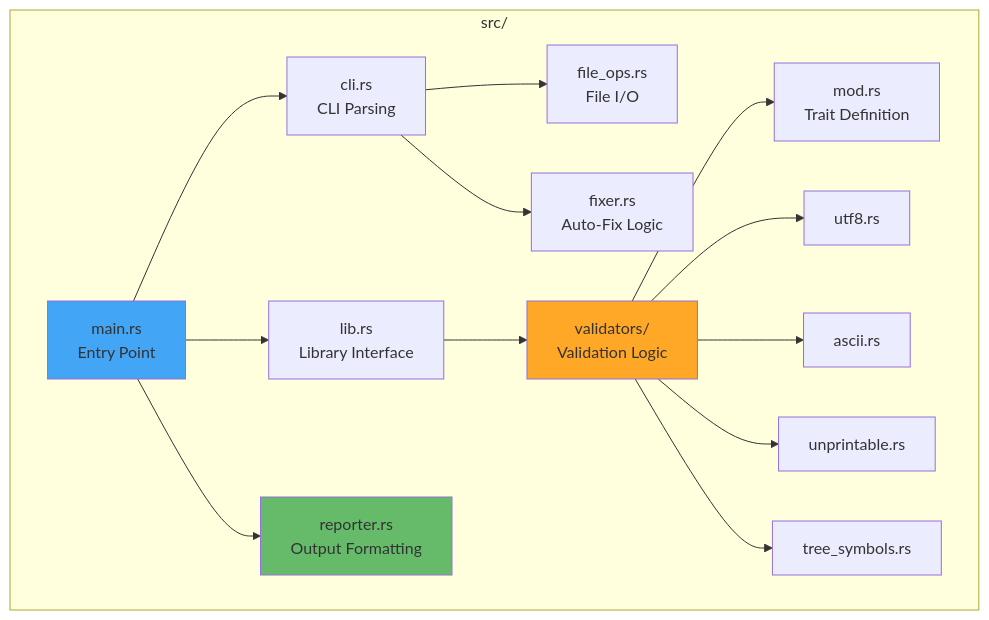
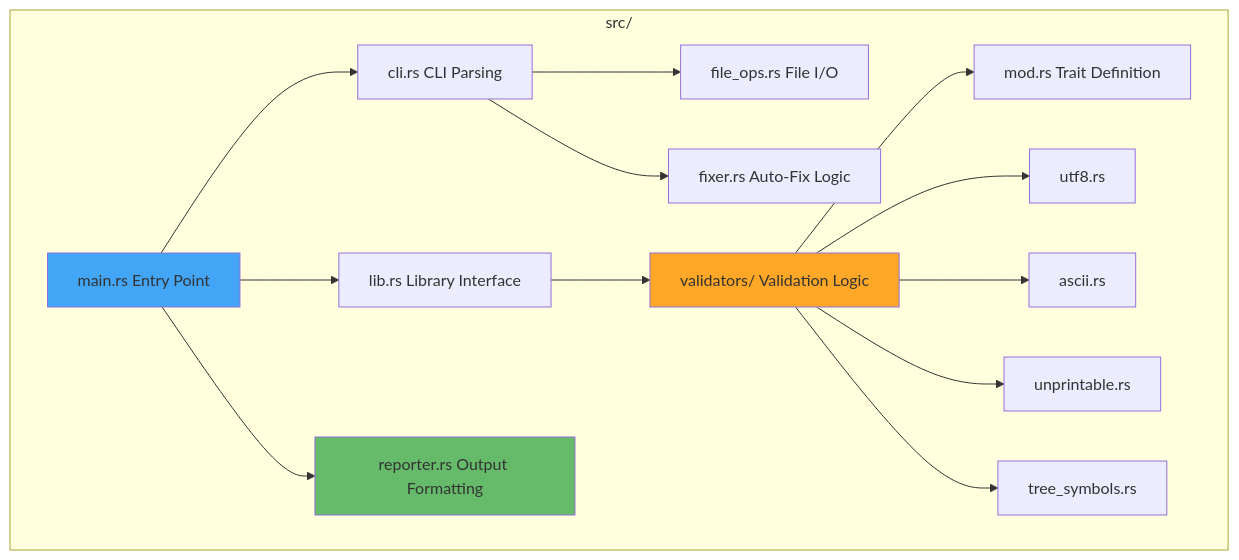
Before and after one commit to softwarewrighter/markdown-checker: the fourth of 6 diagrams in wiki/Architecture.md, drawn with Mermaid. The commit also changed other lines of this file and 10 other files, not shown here.

````diff
--- a/wiki/Architecture.md
+++ b/wiki/Architecture.md
@@ -137,23 +137,23 @@
 ```mermaid
 graph TD
     subgraph "src/"
-        Main[main.rs<br/>Entry Point] --> CLI[cli.rs<br/>CLI Parsing]
-        Main --> Lib[lib.rs<br/>Library Interface]
+        Main[main.rs Entry Point] --> CLI[cli.rs CLI Parsing]
+        Main --> Lib[lib.rs Library Interface]
 
-        CLI --> FileOps[file_ops.rs<br/>File I/O]
-        CLI --> Fixer[fixer.rs<br/>Auto-Fix Logic]
+        CLI --> FileOps[file_ops.rs File I/O]
+        CLI --> Fixer[fixer.rs Auto-Fix Logic]
 
-        Lib --> Validators[validators/<br/>Validation Logic]
-        Validators --> ModV[mod.rs<br/>Trait Definition]
+        Lib --> Validators[validators/ Validation Logic]
+        Validators --> ModV[mod.rs Trait Definition]
         Validators --> UTF8V[utf8.rs]
         Validators --> ASCIIV[ascii.rs]
         Validators --> UnprintV[unprintable.rs]
         Validators --> TreeV[tree_symbols.rs]
 
-        Main --> Reporter[reporter.rs<br/>Output Formatting]
+        Main --> Reporter[reporter.rs Output Formatting]
     end
 
     style Main fill:#42a5f5
     style Validators fill:#ffa726
     style Reporter fill:#66bb6a
 ```
````
